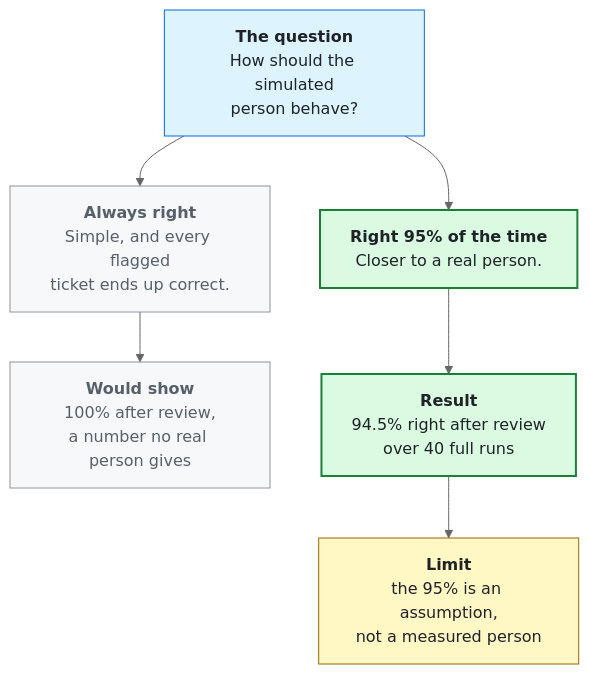
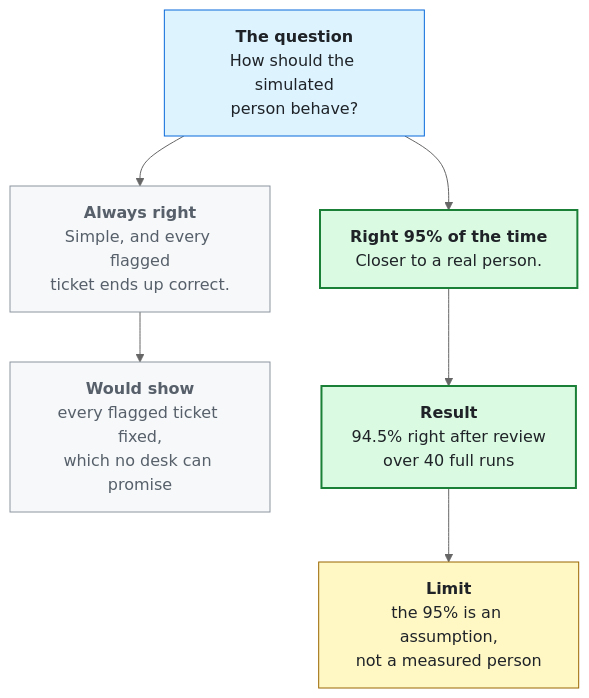
The sixth of 6 diagrams in docs/guide/design-choices.md (GoudyMT/ai-support-desk-triage), drawn with Mermaid (neutral theme) before and after one commit. The commit also changed other lines of this file and 3 other files, not shown here.

````diff
--- a/docs/guide/design-choices.md
+++ b/docs/guide/design-choices.md
@@ -132,17 +134,17 @@
 ```mermaid
 flowchart TD
     Q["<b>The question</b><br/>How should the simulated<br/>person behave?"]
     Q --> A["<b>Always right</b><br/>Simple, and every flagged<br/>ticket ends up correct."]
     Q --> B["<b>Right 95% of the time</b><br/>Closer to a real person."]
-    A --> RA["<b>Would show</b><br/>100% after review,<br/>a number no real person gives"]
+    A --> RA["<b>Would show</b><br/>every flagged ticket fixed,<br/>which no desk can promise"]
     B --> RB["<b>Result</b><br/>94.5% right after review<br/>over 40 full runs"]
     RB --> C["<b>Limit</b><br/>the 95% is an assumption,<br/>not a measured person"]
     classDef q fill:#ddf4ff,stroke:#0969da,color:#1f2328
     classDef off fill:#f6f8fa,stroke:#8c959f,color:#57606a
     classDef pick fill:#dafbe1,stroke:#1a7f37,stroke-width:2px,color:#1f2328
     classDef cost fill:#fff8c5,stroke:#9a6700,color:#1f2328
     class Q q
     class A,RA off
     class B,RB pick
     class C cost
 ```
````
